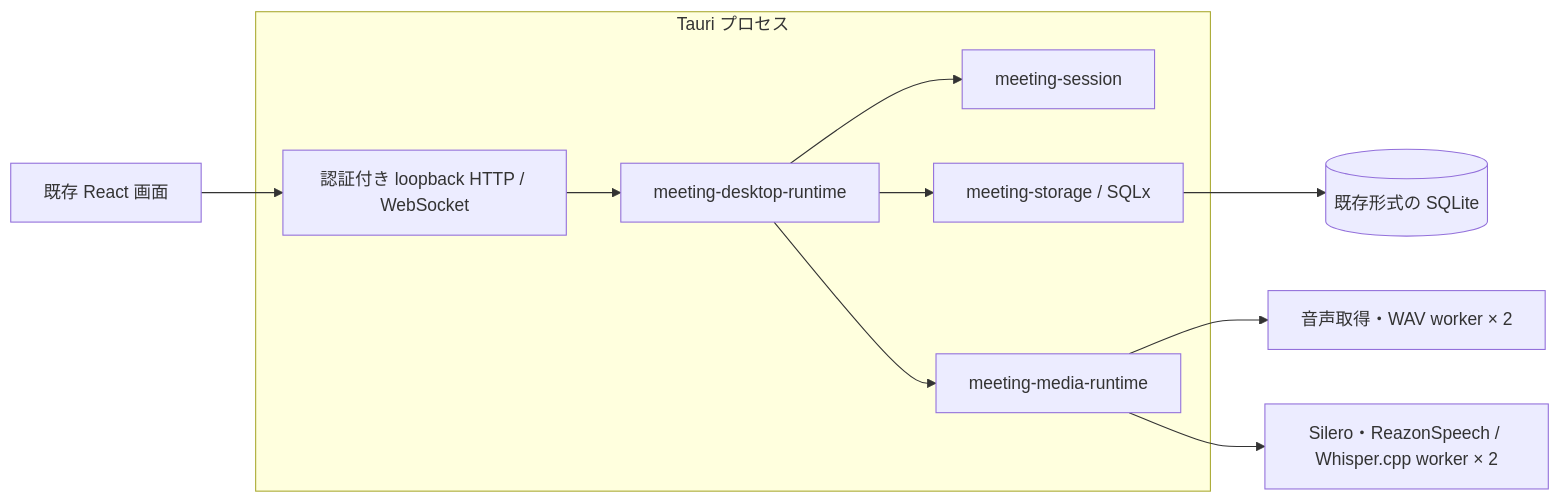
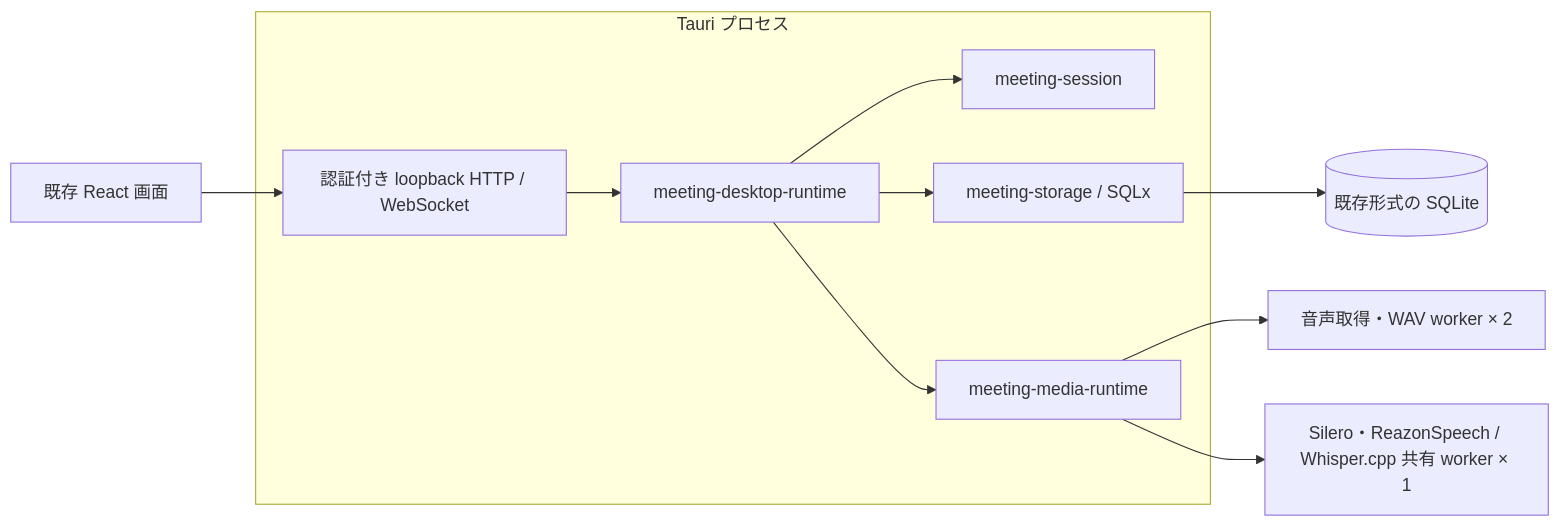
The diagram in doc/development/rust-desktop-backend.md (ouvill/meeting-supporter), drawn with Mermaid before and after one commit. The commit also changed other lines of this file and 13 other files, not shown here.

````diff
--- a/doc/development/rust-desktop-backend.md
+++ b/doc/development/rust-desktop-backend.md
@@ -7,13 +7,13 @@
 ```mermaid
 flowchart LR
   UI[既存 React 画面] --> API[認証付き loopback HTTP / WebSocket]
   subgraph Tauri[Tauri プロセス]
     API --> Runtime[meeting-desktop-runtime]
     Runtime --> Session[meeting-session]
     Runtime --> Storage[meeting-storage / SQLx]
     Runtime --> Media[meeting-media-runtime]
   end
   Media --> Capture[音声取得・WAV worker × 2]
-  Media --> Speech[Silero・ReazonSpeech / Whisper.cpp worker × 2]
+  Media --> Speech[Silero・ReazonSpeech / Whisper.cpp 共有 worker × 1]
   Storage --> DB[(既存形式の SQLite)]
 ```
````
